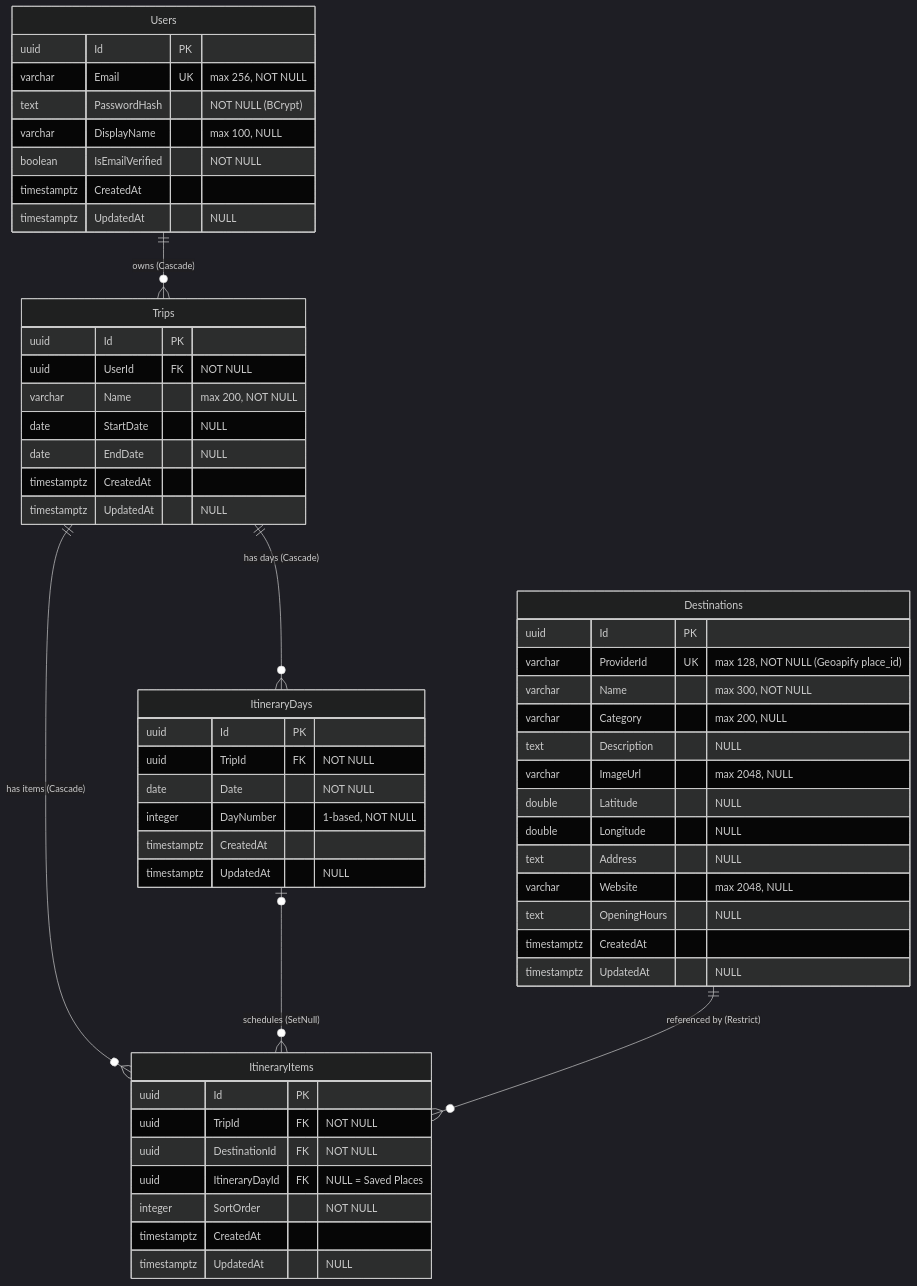
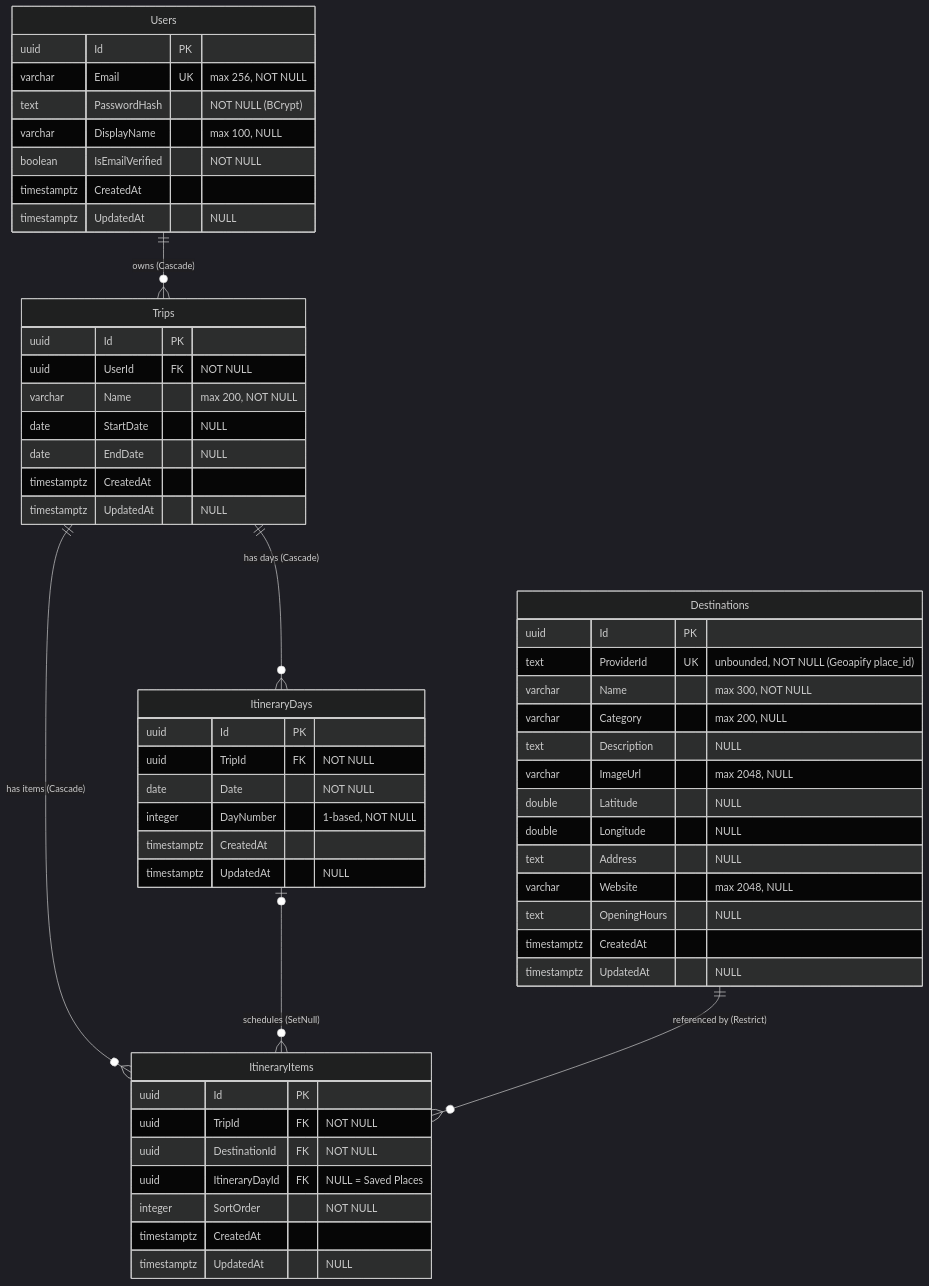
Before and after one commit to huykhaduy/TripPlannerLearning: the diagram in TECHNICAL_SPEC.md, drawn with Mermaid (dark theme). The commit also changed other lines of this file and 5 other files, not shown here.

````diff
--- a/TECHNICAL_SPEC.md
+++ b/TECHNICAL_SPEC.md
@@ -752,59 +753,59 @@
 ```mermaid
 erDiagram
     Users ||--o{ Trips : "owns (Cascade)"
     Trips ||--o{ ItineraryDays : "has days (Cascade)"
     Trips ||--o{ ItineraryItems : "has items (Cascade)"
     ItineraryDays |o--o{ ItineraryItems : "schedules (SetNull)"
     Destinations ||--o{ ItineraryItems : "referenced by (Restrict)"
 
     Users {
         uuid Id PK
         varchar Email UK "max 256, NOT NULL"
         text PasswordHash "NOT NULL (BCrypt)"
         varchar DisplayName "max 100, NULL"
         boolean IsEmailVerified "NOT NULL"
         timestamptz CreatedAt ""
         timestamptz UpdatedAt "NULL"
     }
     Trips {
         uuid Id PK
         uuid UserId FK "NOT NULL"
         varchar Name "max 200, NOT NULL"
         date StartDate "NULL"
         date EndDate "NULL"
         timestamptz CreatedAt ""
         timestamptz UpdatedAt "NULL"
     }
     ItineraryDays {
         uuid Id PK
         uuid TripId FK "NOT NULL"
         date Date "NOT NULL"
         integer DayNumber "1-based, NOT NULL"
         timestamptz CreatedAt ""
         timestamptz UpdatedAt "NULL"
     }
     ItineraryItems {
         uuid Id PK
         uuid TripId FK "NOT NULL"
         uuid DestinationId FK "NOT NULL"
         uuid ItineraryDayId FK "NULL = Saved Places"
         integer SortOrder "NOT NULL"
         timestamptz CreatedAt ""
         timestamptz UpdatedAt "NULL"
     }
     Destinations {
         uuid Id PK
-        varchar ProviderId UK "max 128, NOT NULL (Geoapify place_id)"
+        text ProviderId UK "unbounded, NOT NULL (Geoapify place_id)"
         varchar Name "max 300, NOT NULL"
         varchar Category "max 200, NULL"
         text Description "NULL"
         varchar ImageUrl "max 2048, NULL"
         double Latitude "NULL"
         double Longitude "NULL"
         text Address "NULL"
         varchar Website "max 2048, NULL"
         text OpeningHours "NULL"
         timestamptz CreatedAt ""
         timestamptz UpdatedAt "NULL"
     }
 ```
````
